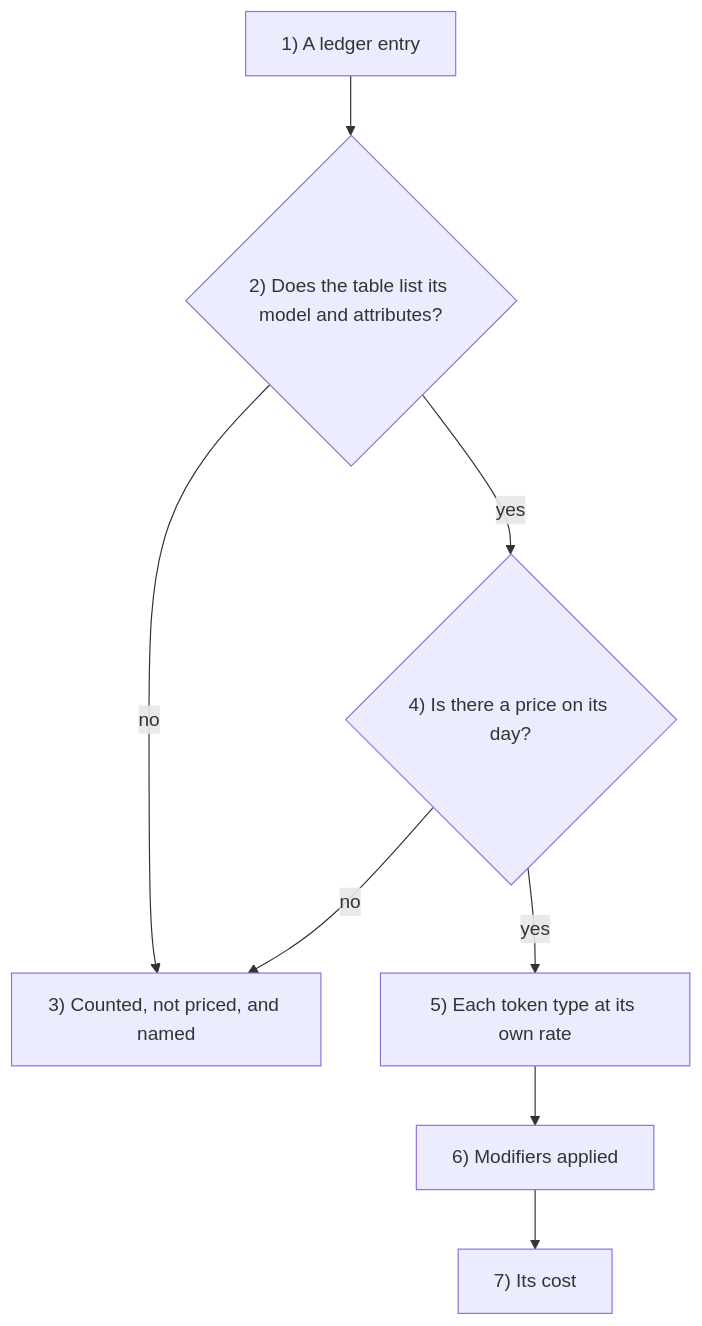
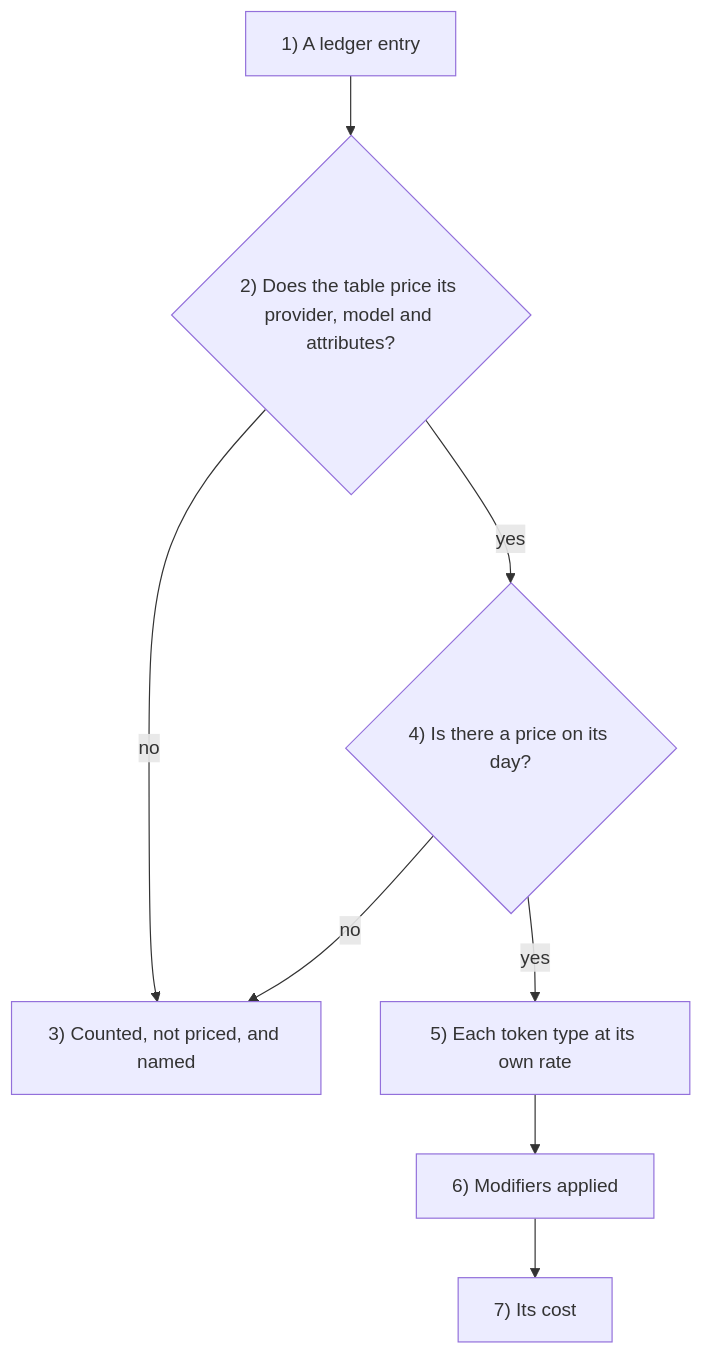
Before and after one commit to niko-kotiniemi-oss/agentic-pr-cost-calculator: the diagram in docs/features/pricing.md, drawn with Mermaid. The commit also changed other lines of this file and 28 other files, not shown here.

````diff
--- a/docs/features/pricing.md
+++ b/docs/features/pricing.md
@@ -15,10 +15,10 @@
 ```mermaid
 flowchart TD
-  A["1) A ledger entry"] --> B{"2) Does the table list its model and attributes?"}
+  A["1) A ledger entry"] --> B{"2) Does the table price its provider, model and attributes?"}
   B -->|no| U["3) Counted, not priced, and named"]
   B -->|yes| C{"4) Is there a price on its day?"}
   C -->|no| U
   C -->|yes| D["5) Each token type at its own rate"]
   D --> E["6) Modifiers applied"]
   E --> F["7) Its cost"]
 ```
````
